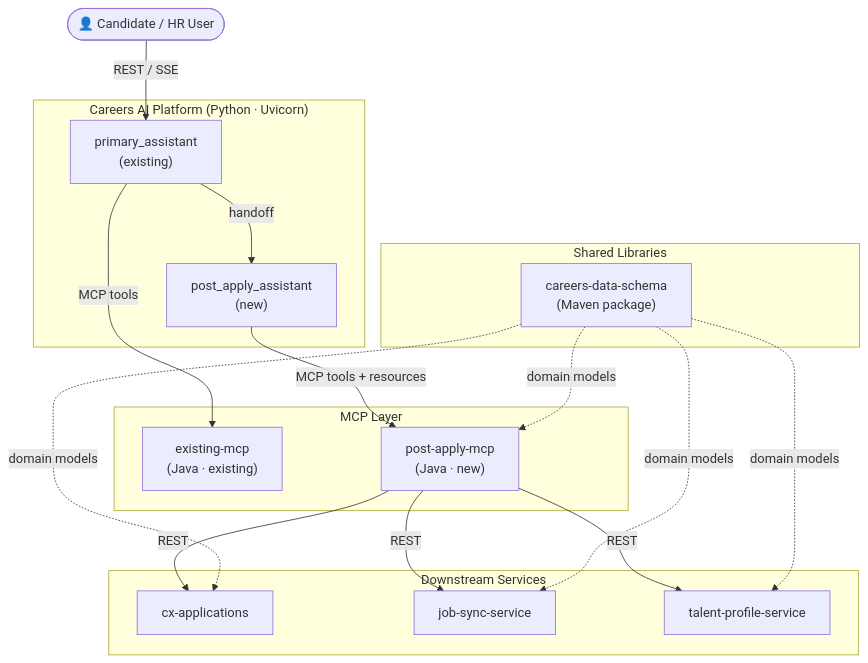
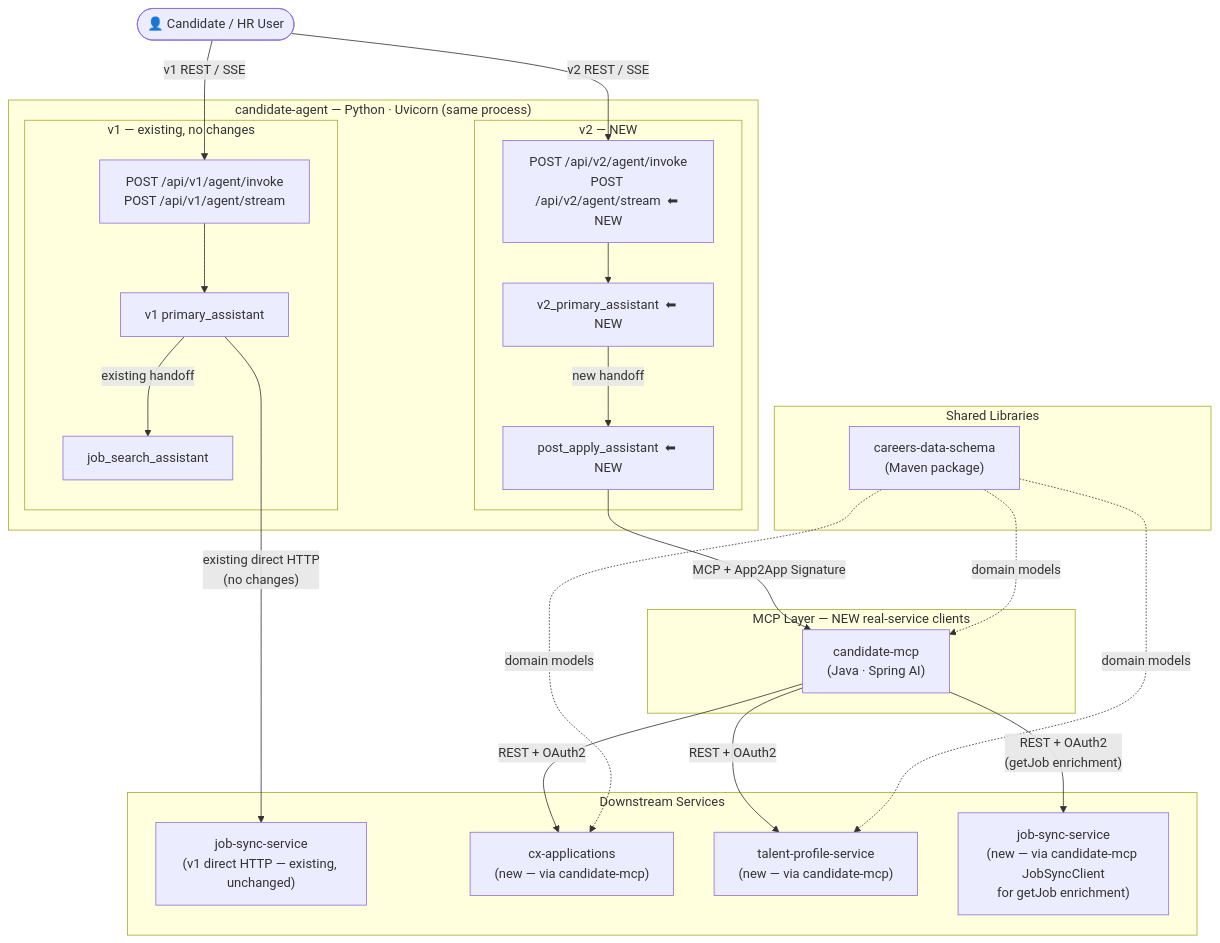
The first of 32 diagrams in docs/post-apply-assistant-lld.md (venkat-raman17/candidate-agent), drawn with Mermaid before and after one commit. The commit also changed other lines of this file, not shown here.

Commit message:
docs: update LLD for post apply assistant

````diff
--- a/docs/post-apply-assistant-lld.md
+++ b/docs/post-apply-assistant-lld.md
@@ -92,36 +111,48 @@
 ```mermaid
 graph TB
     User(["👤 Candidate / HR User"])
 
-    subgraph "Careers AI Platform (Python · Uvicorn)"
-        PA["primary_assistant\n(existing)"]
-        PAA["post_apply_assistant\n(new)"]
+    subgraph "candidate-agent — Python · Uvicorn (same process)"
+        subgraph "v1 — existing, no changes"
+            V1API["POST /api/v1/agent/invoke\nPOST /api/v1/agent/stream"]
+            PA["v1 primary_assistant"]
+            JSA["job_search_assistant"]
+            V1API --> PA
+            PA -->|"existing handoff"| JSA
+        end
+
+        subgraph "v2 — NEW"
+            V2API["POST /api/v2/agent/invoke\nPOST /api/v2/agent/stream  ⬅ NEW"]
+            V2PA["v2_primary_assistant  ⬅ NEW"]
+            PAA["post_apply_assistant  ⬅ NEW"]
+            V2API --> V2PA
+            V2PA -->|"new handoff"| PAA
+        end
     end
 
-    subgraph "MCP Layer"
-        ExMCP["existing-mcp\n(Java · existing)"]
-        PAMCP["post-apply-mcp\n(Java · new)"]
+    subgraph "MCP Layer — NEW real-service clients"
+        CMCP["candidate-mcp\n(Java · Spring AI)"]
     end
 
     subgraph "Downstream Services"
-        CXA["cx-applications"]
-        JSS["job-sync-service"]
-        TPS["talent-profile-service"]
+        JSS["job-sync-service\n(v1 direct HTTP — existing, unchanged)"]
+        CXA["cx-applications\n(new — via candidate-mcp)"]
+        TPS["talent-profile-service\n(new — via candidate-mcp)"]
+        JSS2["job-sync-service\n(new — via candidate-mcp JobSyncClient\nfor getJob enrichment)"]
     end
 
     subgraph "Shared Libraries"
         CDS["careers-data-schema\n(Maven package)"]
     end
 
-    User -->|"REST / SSE"| PA
-    PA -->|"handoff"| PAA
-    PA -->|"MCP tools"| ExMCP
-    PAA -->|"MCP tools + resources"| PAMCP
-    PAMCP -->|"REST"| CXA
-    PAMCP -->|"REST"| JSS
-    PAMCP -->|"REST"| TPS
-    CDS -.->|"domain models"| PAMCP
+    User -->|"v1 REST / SSE"| V1API
+    User -->|"v2 REST / SSE"| V2API
+    PA -->|"existing direct HTTP\n(no changes)"| JSS
+    PAA -->|"MCP + App2App Signature"| CMCP
+    CMCP -->|"REST + OAuth2"| CXA
+    CMCP -->|"REST + OAuth2"| TPS
+    CMCP -->|"REST + OAuth2\n(getJob enrichment)"| JSS2
+    CDS -.->|"domain models"| CMCP
     CDS -.->|"domain models"| CXA
-    CDS -.->|"domain models"| JSS
     CDS -.->|"domain models"| TPS
 ```
````
